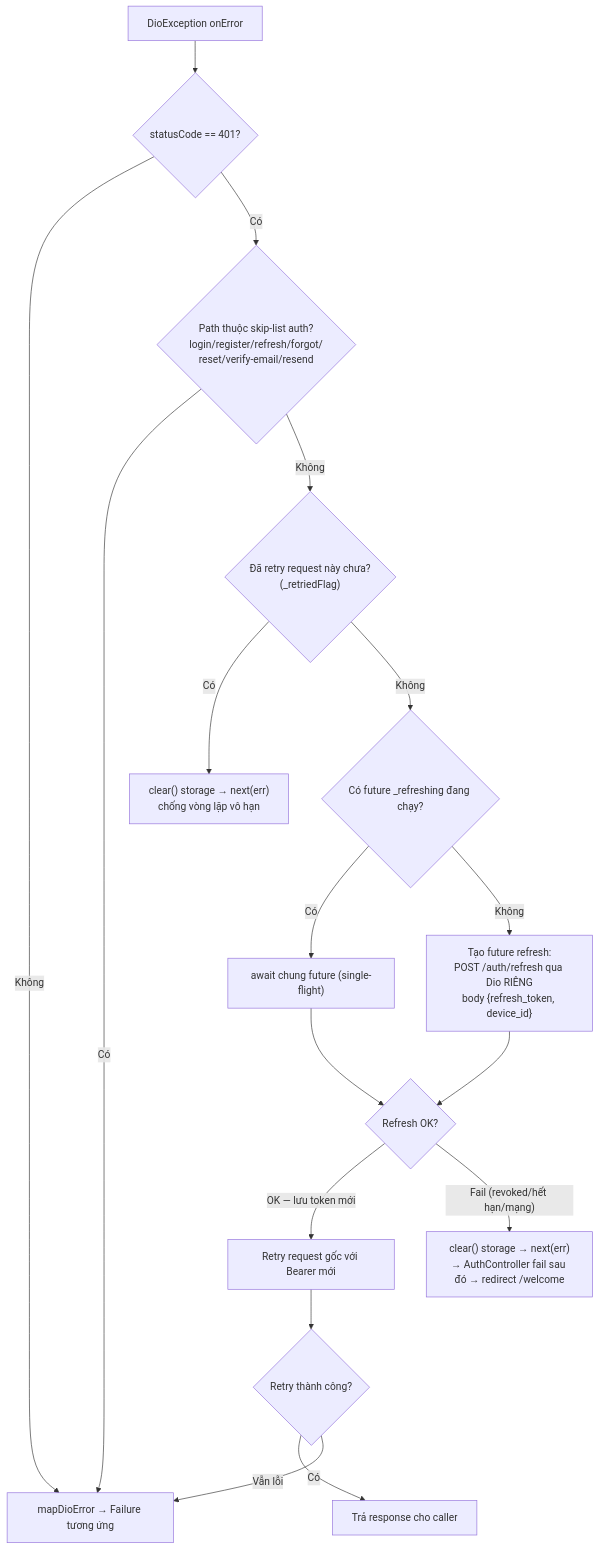
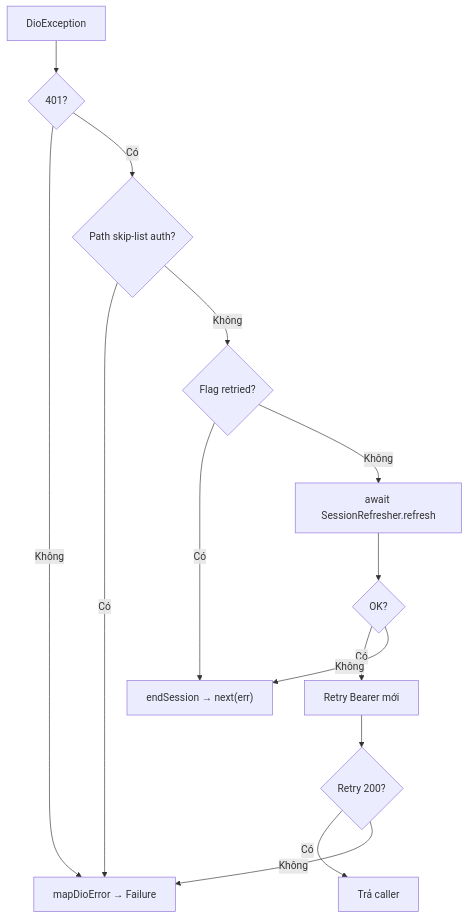
One commit to FintechVSF-Tranning/PaySplit-RP changed the sixth of 6 diagrams in flow/07-app-startup-network.md. Above: the diagram before and after it, drawn with Mermaid. The commit also changed other lines of this file and 8 other files, not shown here.

````diff
--- a/flow/07-app-startup-network.md
+++ b/flow/07-app-startup-network.md
@@ -180,19 +225,16 @@
 ```mermaid
 flowchart TD
-    A["DioException onError"] --> B{"statusCode == 401?"}
-    B -->|"Không"| Z["mapDioError → Failure tương ứng"]
-    B -->|"Có"| C{"Path thuộc skip-list auth?<br/>login/register/refresh/forgot/<br/>reset/verify-email/resend"}
+    A["DioException"] --> B{"401?"}
+    B -->|"Không"| Z["mapDioError → Failure"]
+    B -->|"Có"| C{"Path skip-list auth?"}
     C -->|"Có"| Z
-    C -->|"Không"| D{"Đã retry request này chưa?<br/>(_retriedFlag)"}
-    D -->|"Có"| E["clear() storage → next(err)<br/>chống vòng lặp vô hạn"]
-    D -->|"Không"| F{"Có future _refreshing đang chạy?"}
-    F -->|"Có"| G["await chung future (single-flight)"]
-    F -->|"Không"| H["Tạo future refresh:<br/>POST /auth/refresh qua Dio RIÊNG<br/>body {refresh_token, device_id}"]
-    H --> I{"Refresh OK?"}
-    G --> I
-    I -->|"OK — lưu token mới"| J["Retry request gốc với Bearer mới"]
-    I -->|"Fail (revoked/hết hạn/mạng)"| K["clear() storage → next(err)<br/>→ AuthController fail sau đó → redirect /welcome"]
-    J --> L{"Retry thành công?"}
-    L -->|"Có"| M["Trả response cho caller"]
-    L -->|"Vẫn lỗi"| Z
+    C -->|"Không"| D{"Flag retried?"}
+    D -->|"Có"| E["endSession → next(err)"]
+    D -->|"Không"| F["await SessionRefresher.refresh"]
+    F --> G{"OK?"}
+    G -->|"Có"| H["Retry Bearer mới"]
+    G -->|"Không"| E
+    H --> I{"Retry 200?"}
+    I -->|"Có"| J["Trả caller"]
+    I -->|"Không"| Z
 ```
````
